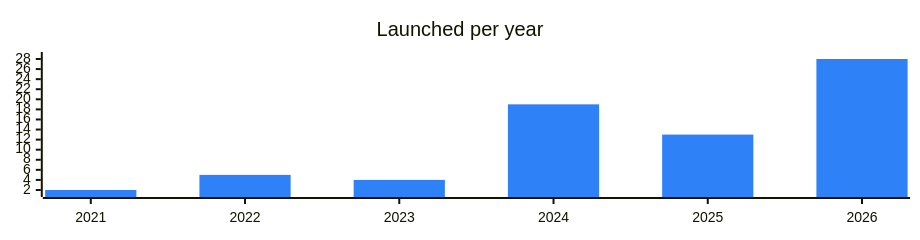
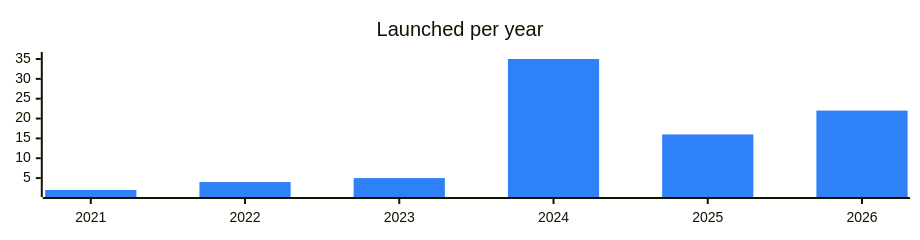
One commit to vitalikgpt/gram-ecosystem changed the diagram in categories/trading.md. Above: the diagram before and after it, drawn with Mermaid. The commit also changed other lines of this file and 69 other files, not shown here.

````diff
--- a/categories/trading.md
+++ b/categories/trading.md
@@ -7,7 +7,7 @@
 ```mermaid
 %%{init: {"xyChart": {"width": 900, "height": 220}, "themeVariables": {"xyChart": {"plotColorPalette": "#2f81f7"}}}}%%
 xychart-beta
   title "Launched per year"
   x-axis ["2021", "2022", "2023", "2024", "2025", "2026"]
-  bar [2, 5, 4, 19, 13, 28]
+  bar [2, 4, 5, 35, 16, 22]
 ```
````
